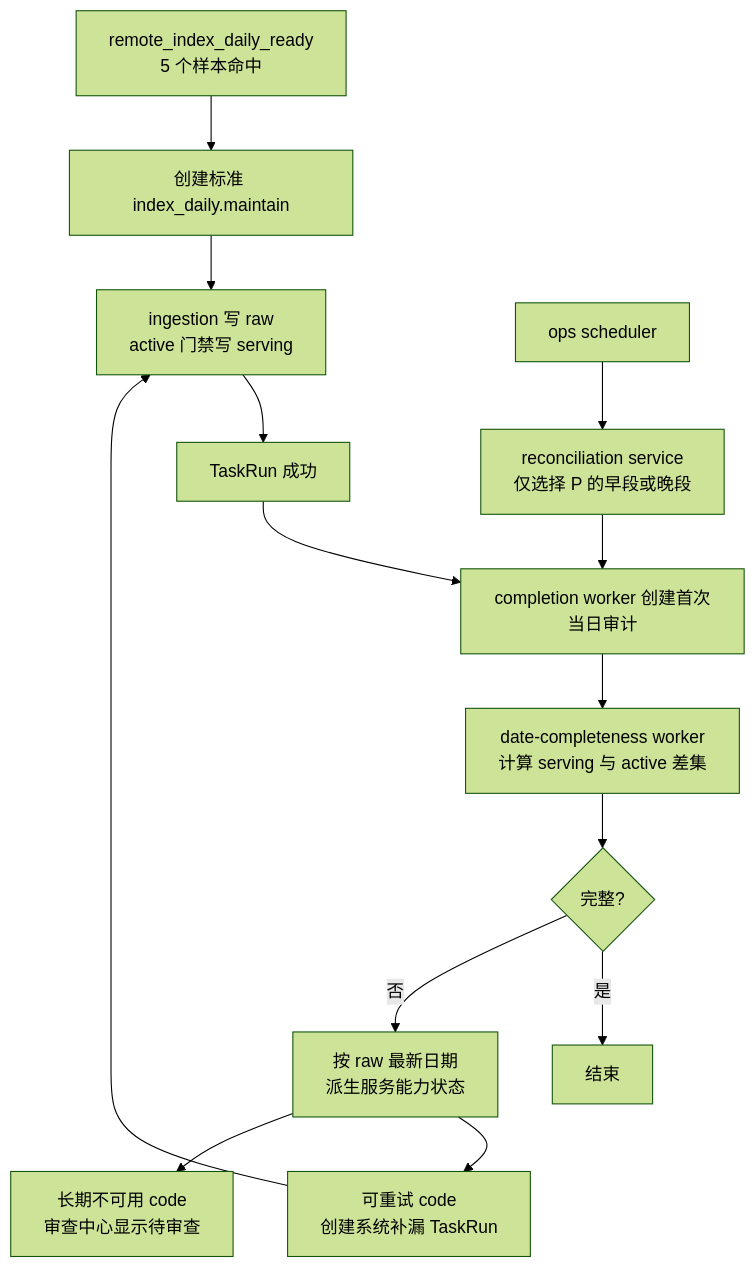
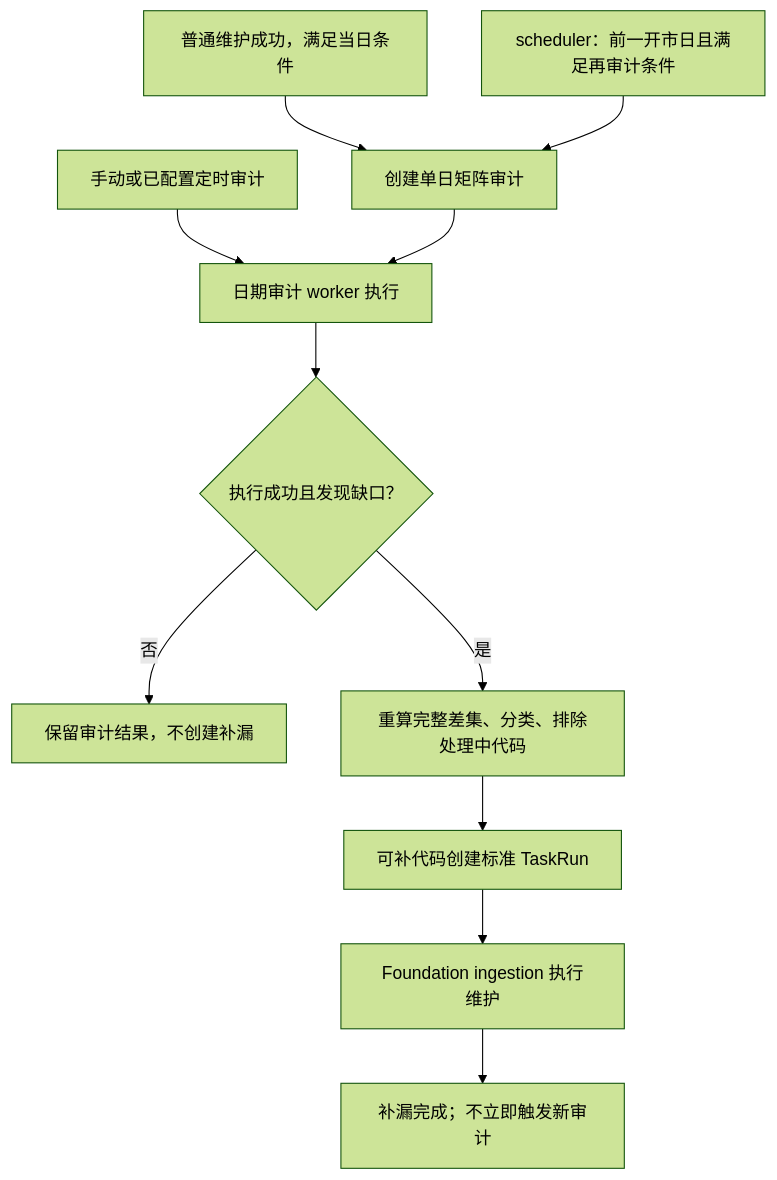
Before and after one commit to chiuser/goldenshare: the diagram in docs/ops/ops-index-daily-completeness-reconciliation-plan-v2.md, drawn with Mermaid (forest theme). The commit also changed other lines of this file and 6 other files, not shown here.

Commit message:
docs(ops): consolidate index daily completeness documentation

````diff
--- a/docs/ops/ops-index-daily-completeness-reconciliation-plan-v2.md
+++ b/docs/ops/ops-index-daily-completeness-reconciliation-plan-v2.md
@@ -126,16 +30,13 @@
 ```mermaid
 flowchart TD
-  A["remote_index_daily_ready\n5 个样本命中"] --> B["创建标准 index_daily.maintain"]
-  B --> C["ingestion 写 raw\nactive 门禁写 serving"]
-  C --> D["TaskRun 成功"]
-  D --> E["completion worker 创建首次当日审计"]
-  E --> F["date-completeness worker\n计算 serving 与 active 差集"]
-  F --> G{"完整?"}
-  G -- "是" --> H["结束"]
-  G -- "否" --> I["按 raw 最新日期\n派生服务能力状态"]
-  I --> J["可重试 code\n创建系统补漏 TaskRun"]
-  J --> C
-  I --> K["长期不可用 code\n审查中心显示待审查"]
-  L["ops scheduler"] --> M["reconciliation service\n仅选择 P 的早段或晚段"]
-  M --> E
+  A[普通维护成功，满足当日条件] --> C[创建单日矩阵审计]
+  B[scheduler：前一开市日且满足再审计条件] --> C
+  M[手动或已配置定时审计] --> D[日期审计 worker 执行]
+  C --> D
+  D --> E{执行成功且发现缺口？}
+  E -- 否 --> F[保留审计结果，不创建补漏]
+  E -- 是 --> G[重算完整差集、分类、排除处理中代码]
+  G --> H[可补代码创建标准 TaskRun]
+  H --> I[Foundation ingestion 执行维护]
+  I --> J[补漏完成；不立即触发新审计]
 ```
````
